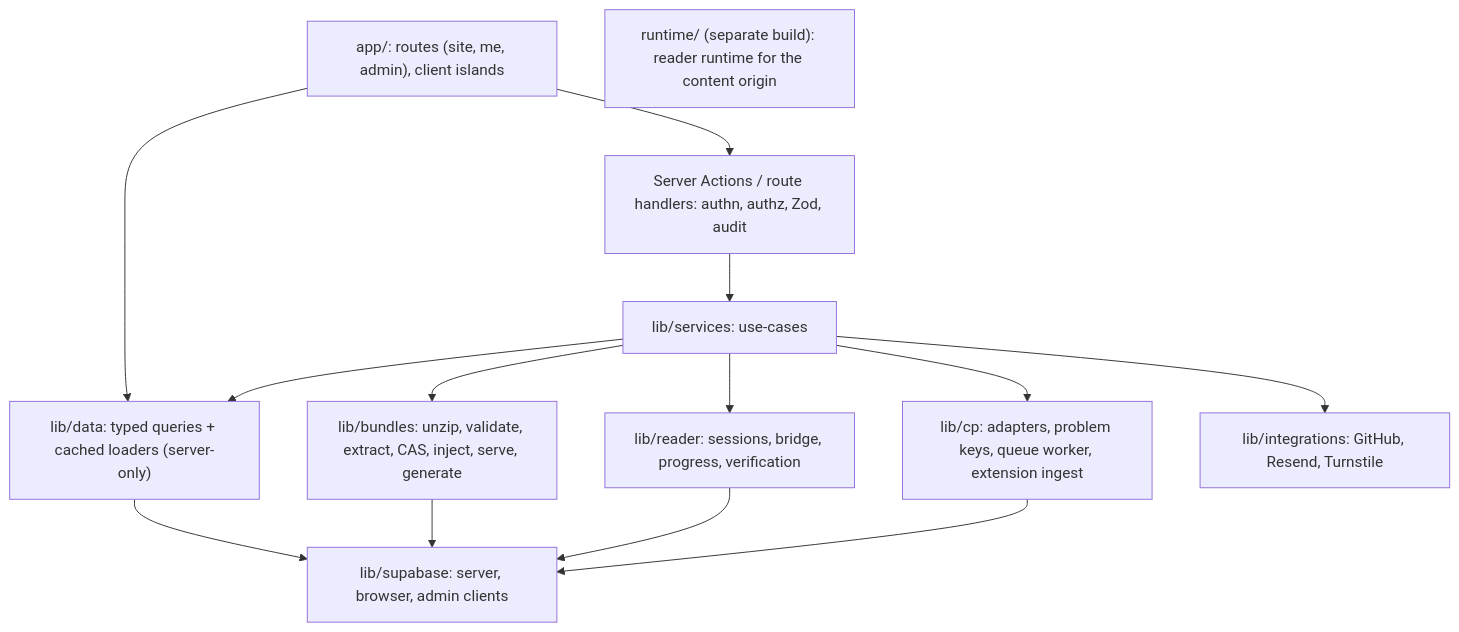
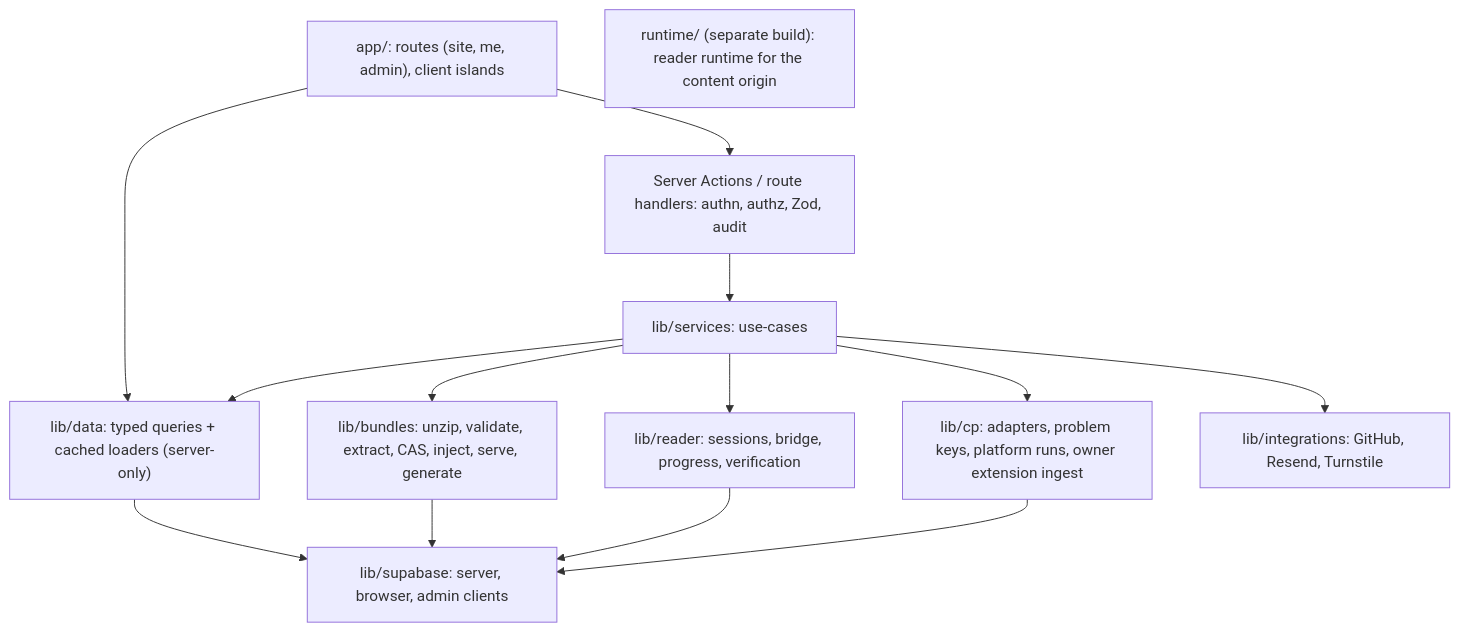
The third of 6 diagrams in docs/06-system-architecture.md (eyasir329/portfolio), drawn with Mermaid before and after one commit. The commit also changed other lines of this file and 24 other files, not shown here.

````diff
--- a/docs/06-system-architecture.md
+++ b/docs/06-system-architecture.md
@@ -120,13 +123,13 @@
 ```mermaid
 flowchart TB
   UI["app/: routes (site, me, admin), client islands"] --> ACT["Server Actions / route handlers: authn, authz, Zod, audit"]
   UI --> DATA
   ACT --> SVC["lib/services: use-cases"]
   SVC --> DATA["lib/data: typed queries + cached loaders (server-only)"]
   SVC --> BUN["lib/bundles: unzip, validate, extract, CAS, inject, serve, generate"]
   SVC --> RDR["lib/reader: sessions, bridge, progress, verification"]
-  SVC --> CPX["lib/cp: adapters, problem keys, queue worker, extension ingest"]
+  SVC --> CPX["lib/cp: adapters, problem keys, platform runs, owner extension ingest"]
   SVC --> INT["lib/integrations: GitHub, Resend, Turnstile"]
   DATA & BUN & RDR & CPX --> SBC["lib/supabase: server, browser, admin clients"]
   RT["runtime/ (separate build): reader runtime for the content origin"]
 ```
````
